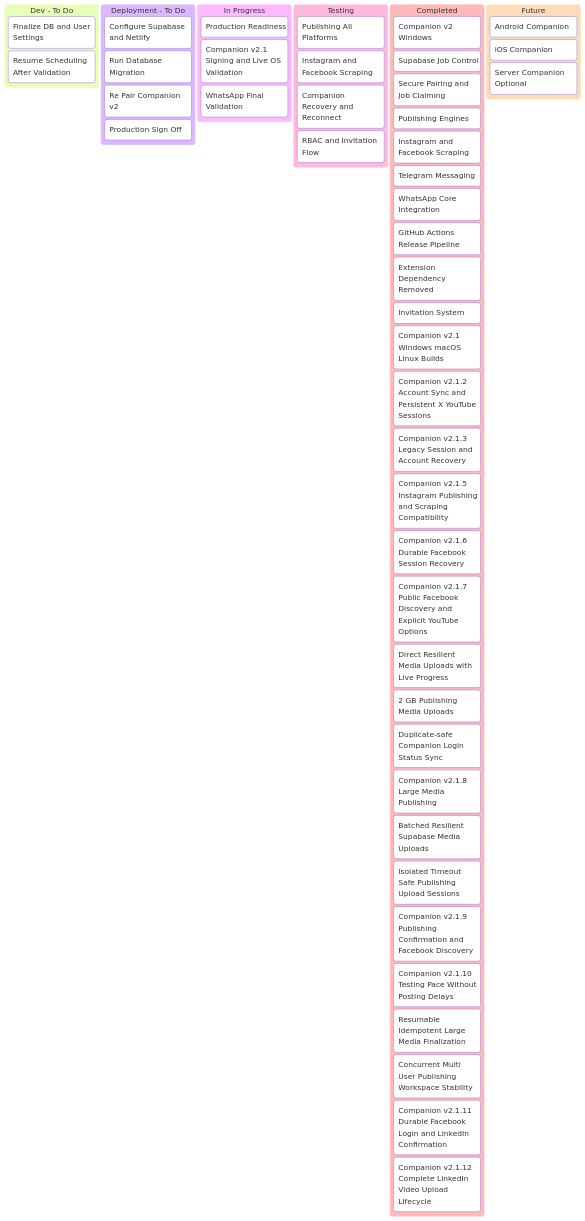
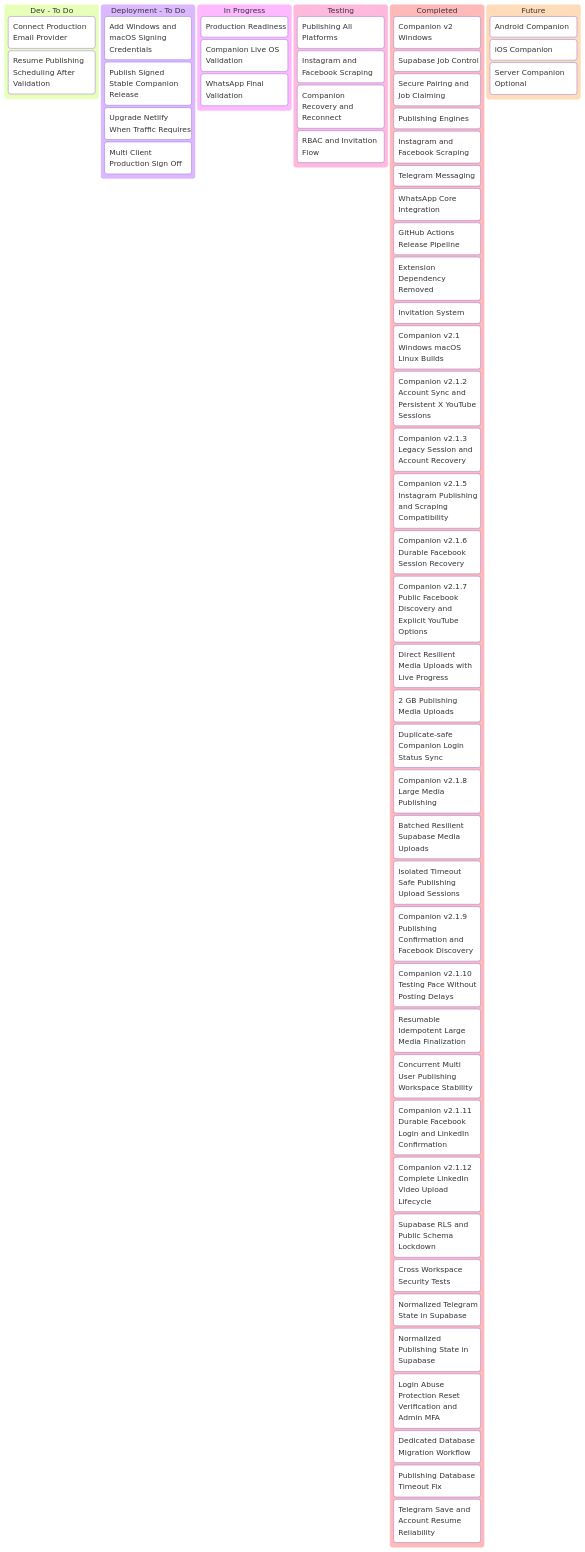
One commit to tinitiateprime/agentic-that changed the first of 2 diagrams in agentic-that-project-tracker.md. Above: the diagram before and after it, drawn with Mermaid. The commit also changed other lines of this file, not shown here.

Commit message:
docs: update production readiness tracker

````diff
--- a/agentic-that-project-tracker.md
+++ b/agentic-that-project-tracker.md
@@ -5,58 +31,66 @@
 ```mermaid
 kanban
   devTodo[Dev - To Do]
-    dev1[Finalize DB and User Settings]
-    dev2[Resume Scheduling After Validation]
+    dev1[Connect Production Email Provider]
+    dev2[Resume Publishing Scheduling After Validation]
 
   deploymentTodo[Deployment - To Do]
-    dep1[Configure Supabase and Netlify]
-    dep2[Run Database Migration]
-    dep3[Re Pair Companion v2]
-    dep4[Production Sign Off]
+    dep1[Add Windows and macOS Signing Credentials]
+    dep2[Publish Signed Stable Companion Release]
+    dep3[Upgrade Netlify When Traffic Requires]
+    dep4[Multi Client Production Sign Off]
 
   inProgress[In Progress]
     prog1[Production Readiness]
-    prog2[Companion v2.1 Signing and Live OS Validation]
+    prog2[Companion Live OS Validation]
     prog3[WhatsApp Final Validation]
 
   testing[Testing]
     test1[Publishing All Platforms]
     test2[Instagram and Facebook Scraping]
     test3[Companion Recovery and Reconnect]
     test4[RBAC and Invitation Flow]
 
   completed[Completed]
     done1[Companion v2 Windows]
     done2[Supabase Job Control]
     done3[Secure Pairing and Job Claiming]
     done4[Publishing Engines]
     done5[Instagram and Facebook Scraping]
     done6[Telegram Messaging]
     done7[WhatsApp Core Integration]
     done8[GitHub Actions Release Pipeline]
     done9[Extension Dependency Removed]
     done10[Invitation System]
     done11[Companion v2.1 Windows macOS Linux Builds]
     done12[Companion v2.1.2 Account Sync and Persistent X YouTube Sessions]
     done13[Companion v2.1.3 Legacy Session and Account Recovery]
     done14[Companion v2.1.5 Instagram Publishing and Scraping Compatibility]
     done15[Companion v2.1.6 Durable Facebook Session Recovery]
     done16[Companion v2.1.7 Public Facebook Discovery and Explicit YouTube Options]
     done17[Direct Resilient Media Uploads with Live Progress]
     done18[2 GB Publishing Media Uploads]
     done19[Duplicate-safe Companion Login Status Sync]
     done20[Companion v2.1.8 Large Media Publishing]
     done21[Batched Resilient Supabase Media Uploads]
     done22[Isolated Timeout Safe Publishing Upload Sessions]
     done23[Companion v2.1.9 Publishing Confirmation and Facebook Discovery]
     done24[Companion v2.1.10 Testing Pace Without Posting Delays]
     done25[Resumable Idempotent Large Media Finalization]
     done26[Concurrent Multi User Publishing Workspace Stability]
     done27[Companion v2.1.11 Durable Facebook Login and LinkedIn Confirmation]
     done28[Companion v2.1.12 Complete LinkedIn Video Upload Lifecycle]
+    done29[Supabase RLS and Public Schema Lockdown]
+    done30[Cross Workspace Security Tests]
+    done31[Normalized Telegram State in Supabase]
+    done32[Normalized Publishing State in Supabase]
+    done33[Login Abuse Protection Reset Verification and Admin MFA]
+    done34[Dedicated Database Migration Workflow]
+    done35[Publishing Database Timeout Fix]
+    done36[Telegram Save and Account Resume Reliability]
 
   future[Future]
     future1[Android Companion]
     future2[iOS Companion]
     future3[Server Companion Optional]
 ```
````
